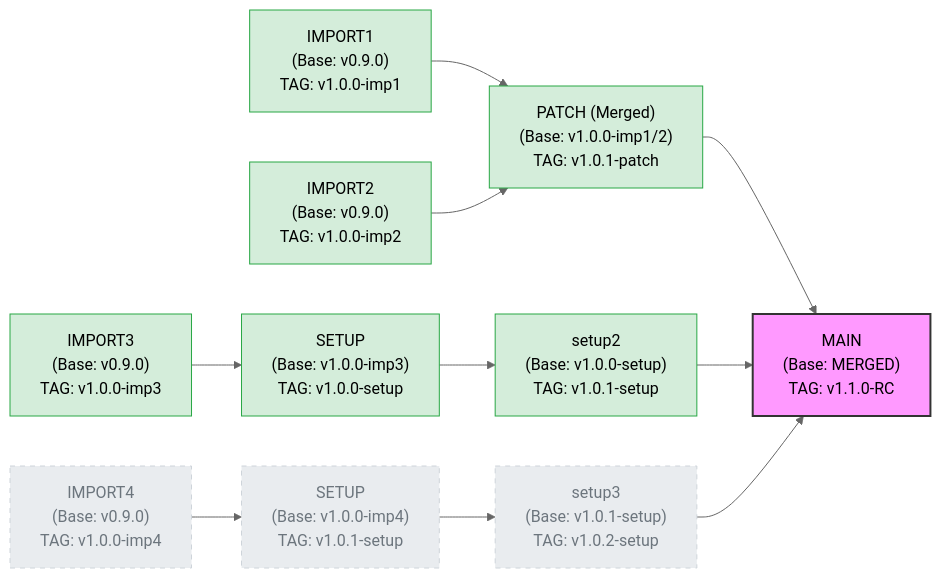
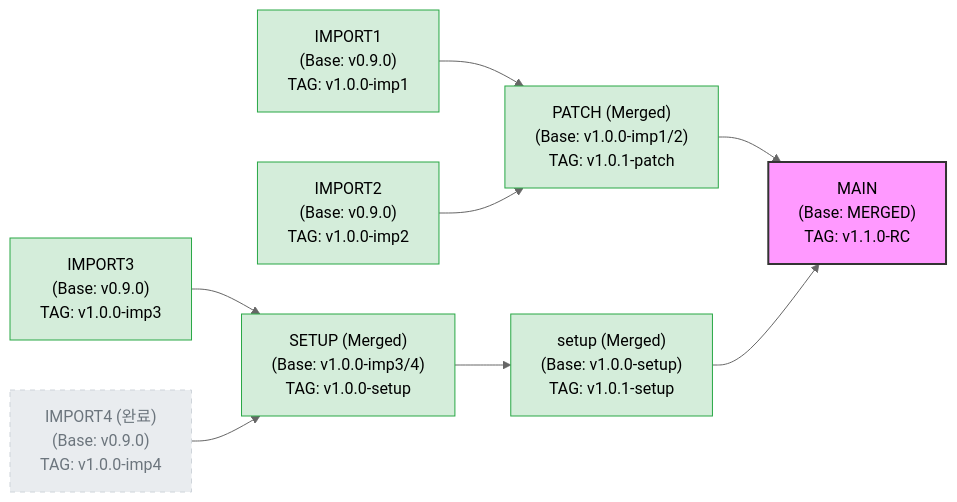
Before and after one commit to ysh1380/Releases-Board: the diagram in WIKI.md, drawn with Mermaid (neutral theme). The commit also changed other lines of this file, not shown here.

Commit message:
docs: merge SETUP branches (setup2 and setup3) into a unified setup flow

````diff
--- a/WIKI.md
+++ b/WIKI.md
@@ -38,40 +37,35 @@
 ```mermaid
 graph LR
     %% Branch/Node Definition
     I1["IMPORT1<br/>(Base: v0.9.0)<br/>TAG: v1.0.0-imp1"]
     I2["IMPORT2<br/>(Base: v0.9.0)<br/>TAG: v1.0.0-imp2"]
+    
     I3["IMPORT3<br/>(Base: v0.9.0)<br/>TAG: v1.0.0-imp3"]
-    I4["IMPORT4<br/>(Base: v0.9.0)<br/>TAG: v1.0.0-imp4"]
+    I4["IMPORT4 (완료)<br/>(Base: v0.9.0)<br/>TAG: v1.0.0-imp4"]
     
     P["PATCH (Merged)<br/>(Base: v1.0.0-imp1/2)<br/>TAG: v1.0.1-patch"]
     
-    S1["SETUP<br/>(Base: v1.0.0-imp3)<br/>TAG: v1.0.0-setup"]
-    S2["setup2<br/>(Base: v1.0.0-setup)<br/>TAG: v1.0.1-setup"]
-    
-    S3["SETUP<br/>(Base: v1.0.0-imp4)<br/>TAG: v1.0.1-setup"]
-    S4["setup3<br/>(Base: v1.0.1-setup)<br/>TAG: v1.0.2-setup"]
+    S1["SETUP (Merged)<br/>(Base: v1.0.0-imp3/4)<br/>TAG: v1.0.0-setup"]
+    S2["setup (Merged)<br/>(Base: v1.0.0-setup)<br/>TAG: v1.0.1-setup"]
     
     M["MAIN<br/>(Base: MERGED)<br/>TAG: v1.1.0-RC"]
 
     %% Flow Definitions
     I1 --> P
     I2 --> P
     P --> M
     
     I3 --> S1
+    I4 --> S1
     S1 --> S2
     S2 --> M
-    
-    I4 --> S3
-    S3 --> S4
-    S4 --> M
     
     %% Styling
     classDef main fill:#f9f,stroke:#333,stroke-width:2px;
     classDef tag fill:#d4edda,stroke:#28a745,stroke-width:1px;
     classDef dimmed fill:#e9ecef,stroke:#ced4da,stroke-width:1px,color:#6c757d,stroke-dasharray: 5 5;
     
     class M main;
     class I1,I2,I3,P,S1,S2 tag;
     class I4,S3,S4 dimmed;
 ```
````
